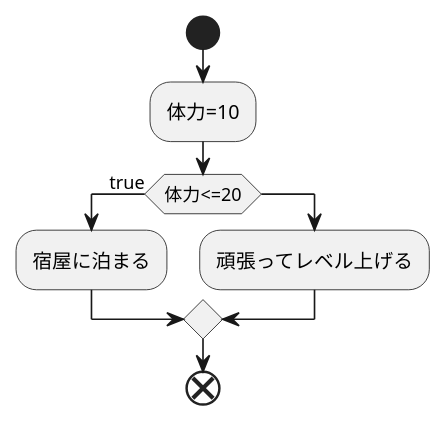
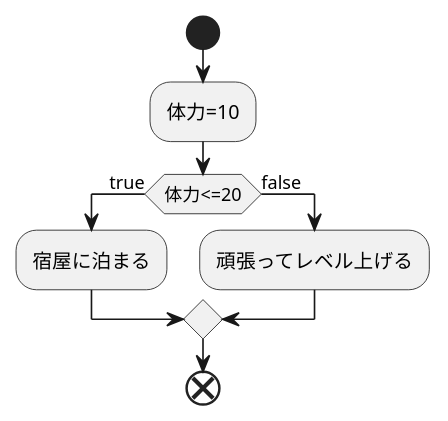
The diagram in 2.md (Aso2001027/2021sys-design), drawn with PlantUML before and after one commit.

````diff
--- a/2.md
+++ b/2.md
@@ -1,12 +1,12 @@
 ```uml
 @startuml
 start
 :体力=10;
 if(体力<=20)then(true)
 :宿屋に泊まる;
-else
+else(false)
 :頑張ってレベル上げる;
 endif
 end
 @enduml
 ```
````
